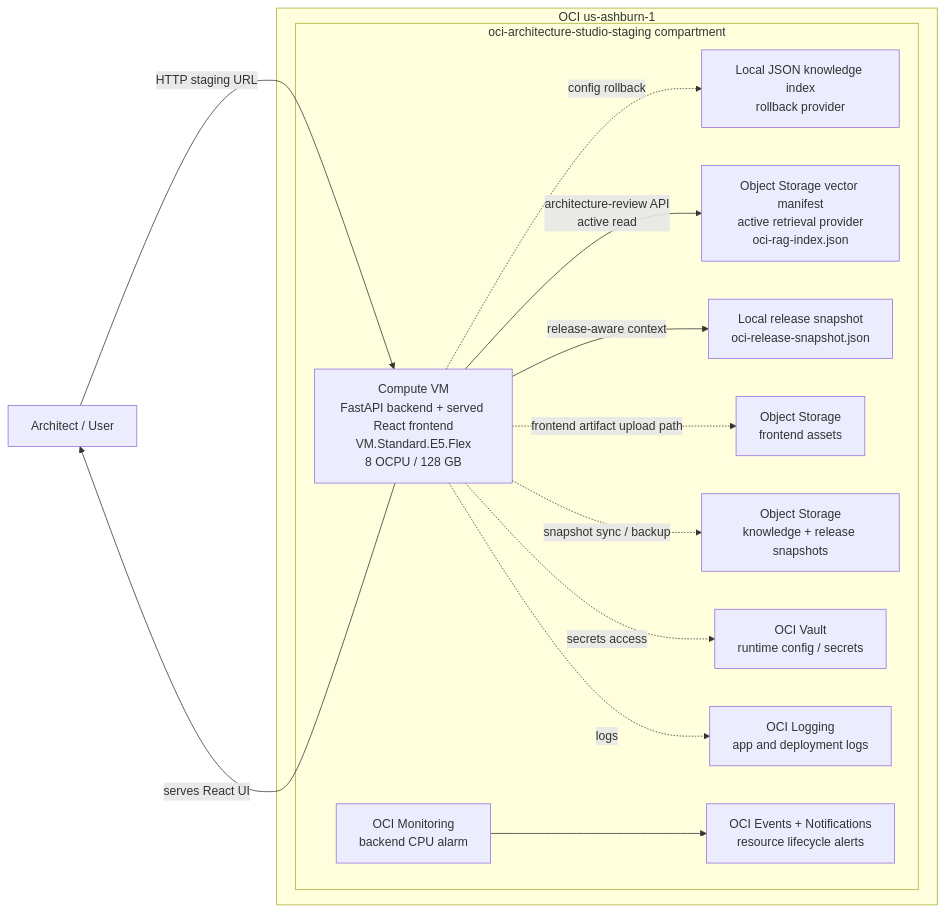
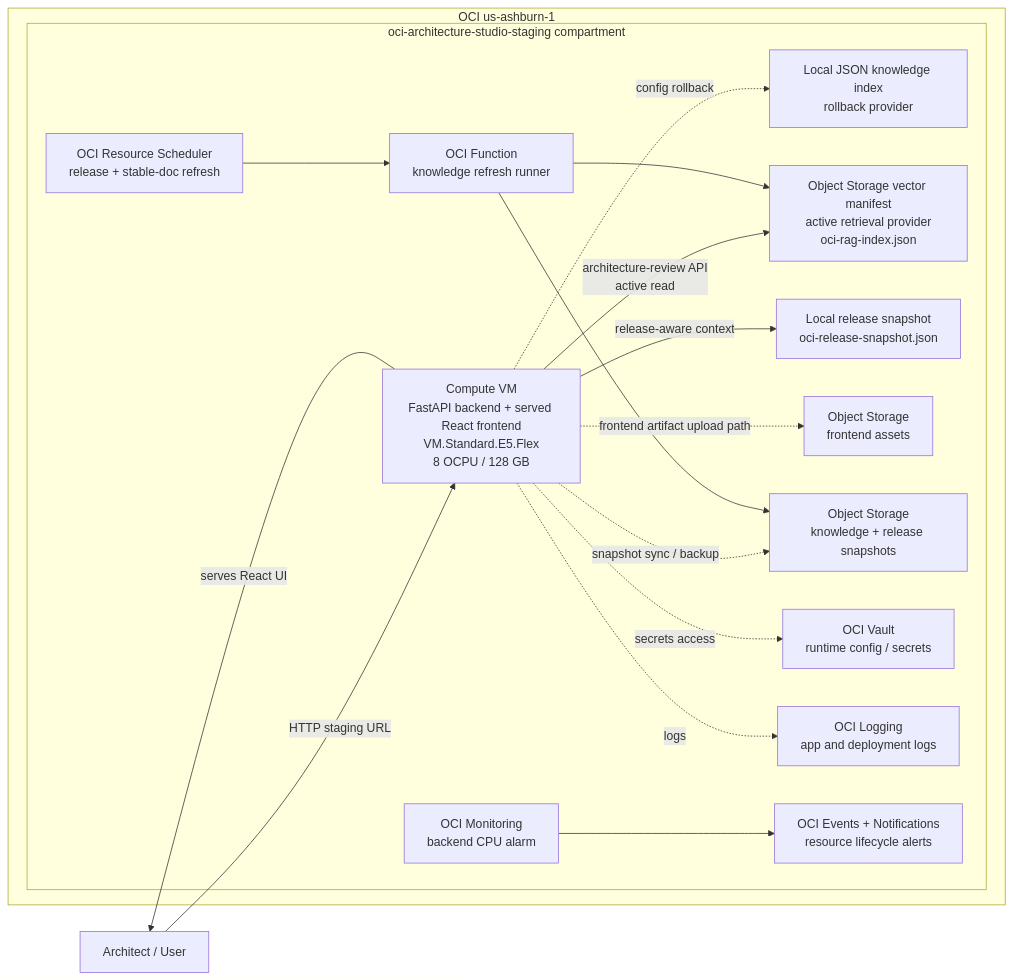
One commit to BfShaik/OCI-Architecture-Studio changed the first of 6 diagrams in docs/architecture-diagrams.md. Above: the diagram before and after it, drawn with Mermaid. The commit also changed other lines of this file and 14 other files, not shown here.

````diff
--- a/docs/architecture-diagrams.md
+++ b/docs/architecture-diagrams.md
@@ -11,30 +11,35 @@
 ```mermaid
 flowchart LR
   User["Architect / User"]
 
   subgraph OCI["OCI us-ashburn-1"]
     subgraph Compartment["oci-architecture-studio-staging compartment"]
       VM["Compute VM\nFastAPI backend + served React frontend\nVM.Standard.E5.Flex\n8 OCPU / 128 GB"]
       LocalIndex["Local JSON knowledge index\nrollback provider"]
       ObjectIndex["Object Storage vector manifest\nactive retrieval provider\noci-rag-index.json"]
       ReleaseSnap["Local release snapshot\noci-release-snapshot.json"]
       FrontendBucket["Object Storage\nfrontend assets"]
       SnapshotBucket["Object Storage\nknowledge + release snapshots"]
       Vault["OCI Vault\nruntime config / secrets"]
       Logs["OCI Logging\napp and deployment logs"]
       Monitoring["OCI Monitoring\nbackend CPU alarm"]
       Events["OCI Events + Notifications\nresource lifecycle alerts"]
+      Scheduler["OCI Resource Scheduler\nrelease + stable-doc refresh"]
+      Function["OCI Function\nknowledge refresh runner"]
     end
   end
 
   User -->|"HTTP staging URL"| VM
   VM -->|"serves React UI"| User
   VM -->|"architecture-review API\nactive read"| ObjectIndex
   VM -. "config rollback" .-> LocalIndex
   VM -->|"release-aware context"| ReleaseSnap
   VM -. "snapshot sync / backup" .-> SnapshotBucket
   VM -. "frontend artifact upload path" .-> FrontendBucket
   VM -. "secrets access" .-> Vault
   VM -. "logs" .-> Logs
   Monitoring --> Events
+  Scheduler --> Function
+  Function --> SnapshotBucket
+  Function --> ObjectIndex
 ```
````
